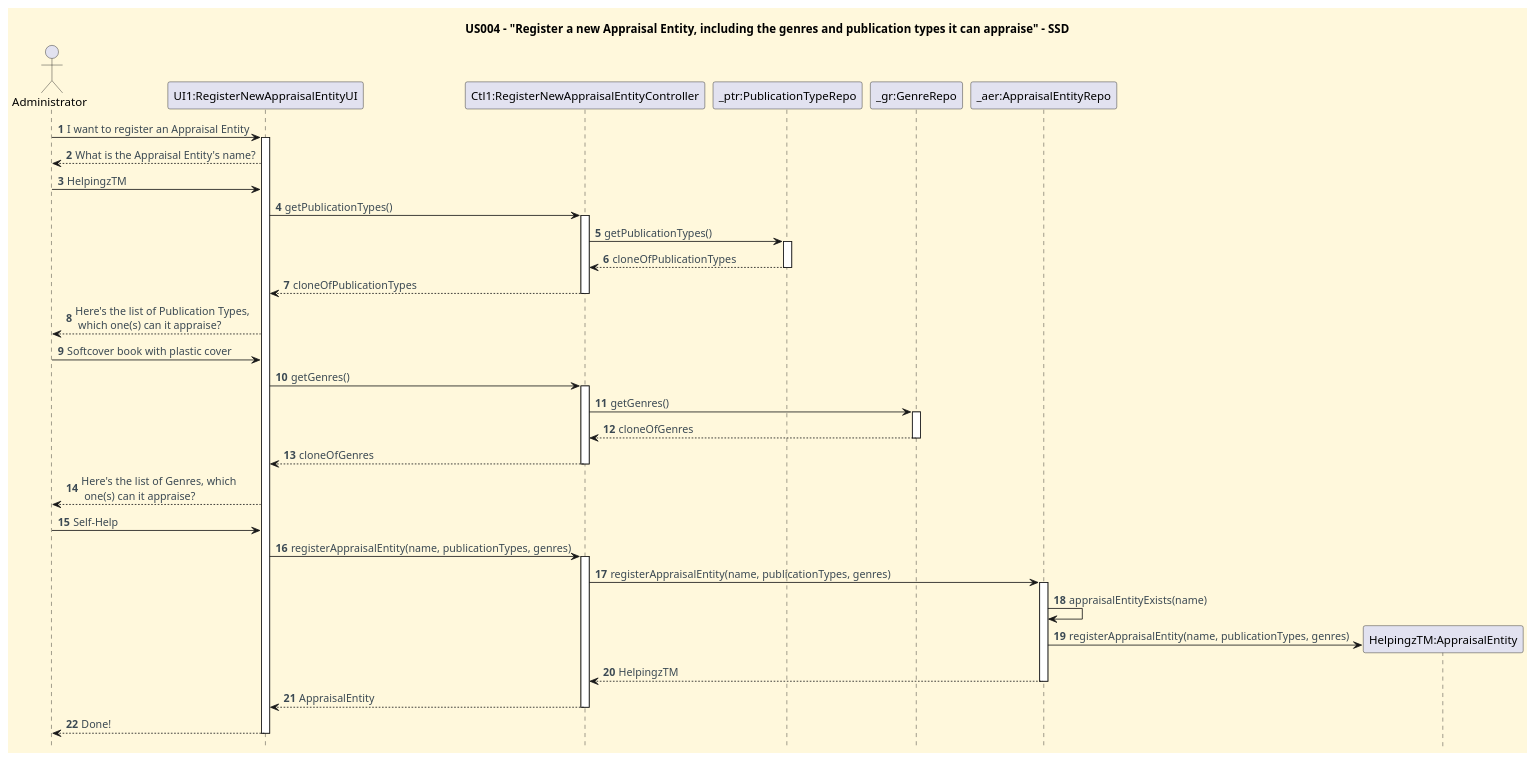
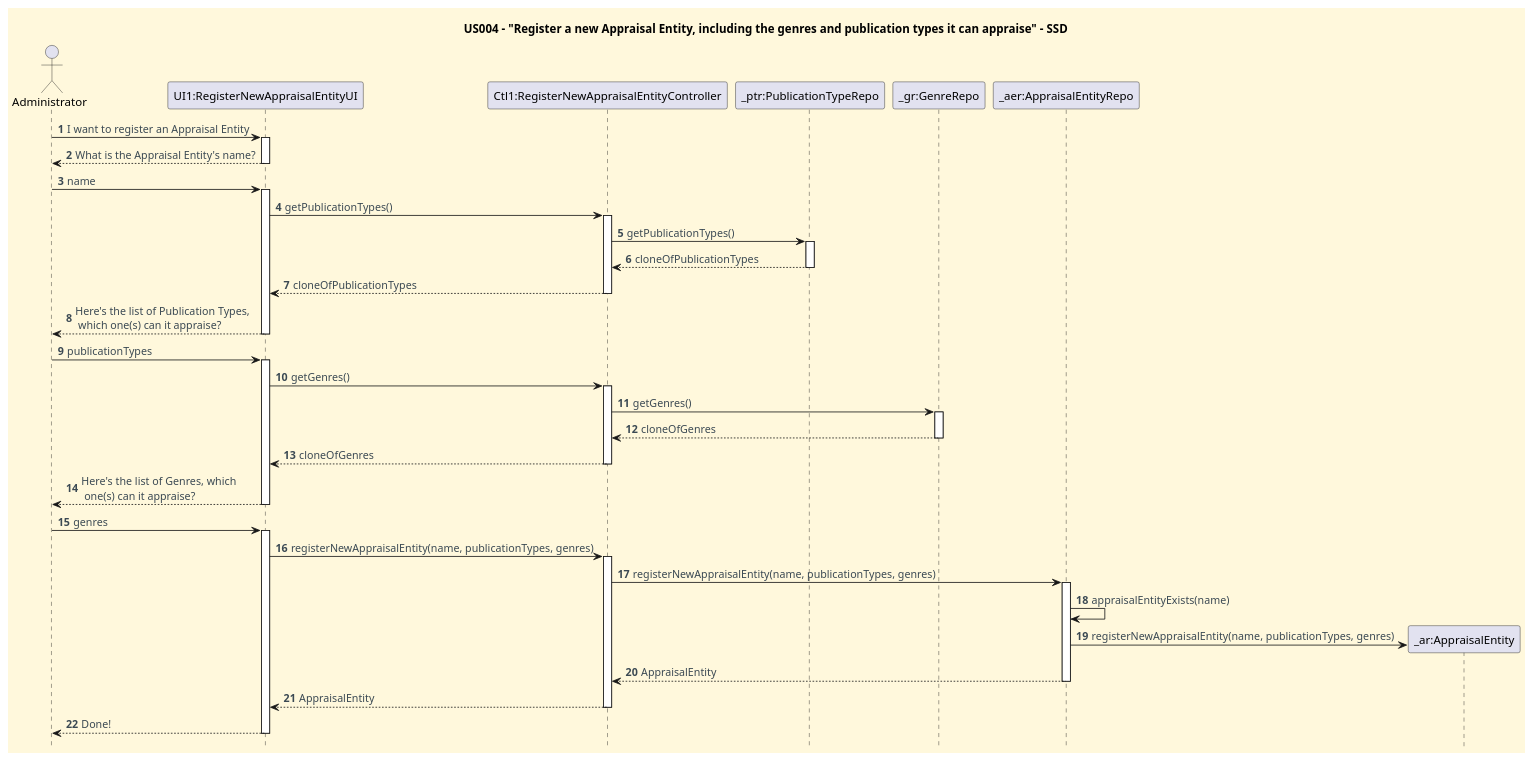
The diagram in docs/userStories/US004/US004_register_new_appraisal_entity_SD.puml (CarolinaLeite-collab/JavaMarketplacePlatform), drawn with PlantUML before and after one commit. The commit also changed 1 other file, not shown here.

Commit message:
Refs #103: Adds fixed SD and CD diagram for US004

```diff
--- a/docs/userStories/US004/US004_register_new_appraisal_entity_SD.puml
+++ b/docs/userStories/US004/US004_register_new_appraisal_entity_SD.puml
@@ -1,68 +1,75 @@
 @startuml
 title US004 - "Register a new Appraisal Entity, including the genres and publication types it can appraise" - SSD
 hidefootbox
 
 '==== basic style ====
 skinparam monochrome false
 skinparam shadowing false
 skinparam defaultFontName Futura
 skinparam objectFontSize 20
 skinparam backgroundColor CornSilk
 skinparam objectBackgroundColor WhiteSmoke
 skinparam noteBackgroundColor #FFFFE0
 skinparam ArrowFontColor #3B4953
 skinparam ActivationBackgroundColor black
 
 autonumber
 
 
 actor Administrator
 participant "UI1:RegisterNewAppraisalEntityUI"
 participant "Ctl1:RegisterNewAppraisalEntityController"
 participant "_ptr:PublicationTypeRepo"
 participant "_gr:GenreRepo"
 participant "_aer:AppraisalEntityRepo"
 
 Administrator -> "UI1:RegisterNewAppraisalEntityUI": I want to register an Appraisal Entity
 activate "UI1:RegisterNewAppraisalEntityUI"
 "UI1:RegisterNewAppraisalEntityUI" --> Administrator: What is the Appraisal Entity's name?
-Administrator -> "UI1:RegisterNewAppraisalEntityUI": HelpingzTM
+deactivate "UI1:RegisterNewAppraisalEntityUI"
+Administrator -> "UI1:RegisterNewAppraisalEntityUI": name
+activate "UI1:RegisterNewAppraisalEntityUI"
 "UI1:RegisterNewAppraisalEntityUI" -> "Ctl1:RegisterNewAppraisalEntityController": getPublicationTypes()
 activate "Ctl1:RegisterNewAppraisalEntityController"
 "Ctl1:RegisterNewAppraisalEntityController" -> "_ptr:PublicationTypeRepo": getPublicationTypes()
 activate "_ptr:PublicationTypeRepo"
 "_ptr:PublicationTypeRepo" --> "Ctl1:RegisterNewAppraisalEntityController": cloneOfPublicationTypes
 deactivate "_ptr:PublicationTypeRepo"
 "Ctl1:RegisterNewAppraisalEntityController" --> "UI1:RegisterNewAppraisalEntityUI": cloneOfPublicationTypes
 deactivate "Ctl1:RegisterNewAppraisalEntityController"
 
 "UI1:RegisterNewAppraisalEntityUI" --> Administrator: Here's the list of Publication Types, \n which one(s) can it appraise?
-Administrator -> "UI1:RegisterNewAppraisalEntityUI": Softcover book with plastic cover
+deactivate "UI1:RegisterNewAppraisalEntityUI"
+
+Administrator -> "UI1:RegisterNewAppraisalEntityUI": publicationTypes
+activate "UI1:RegisterNewAppraisalEntityUI"
 "UI1:RegisterNewAppraisalEntityUI" -> "Ctl1:RegisterNewAppraisalEntityController": getGenres()
 activate "Ctl1:RegisterNewAppraisalEntityController"
 "Ctl1:RegisterNewAppraisalEntityController" -> "_gr:GenreRepo": getGenres()
 activate "_gr:GenreRepo"
 "_gr:GenreRepo" --> "Ctl1:RegisterNewAppraisalEntityController": cloneOfGenres
 deactivate "_gr:GenreRepo"
 "Ctl1:RegisterNewAppraisalEntityController" --> "UI1:RegisterNewAppraisalEntityUI": cloneOfGenres
 deactivate "Ctl1:RegisterNewAppraisalEntityController"
 "UI1:RegisterNewAppraisalEntityUI" --> Administrator: Here's the list of Genres, which \n one(s) can it appraise?
-Administrator -> "UI1:RegisterNewAppraisalEntityUI": Self-Help
+deactivate "UI1:RegisterNewAppraisalEntityUI"
 
-"UI1:RegisterNewAppraisalEntityUI" -> "Ctl1:RegisterNewAppraisalEntityController": registerAppraisalEntity(name, publicationTypes, genres)
+Administrator -> "UI1:RegisterNewAppraisalEntityUI": genres
+activate "UI1:RegisterNewAppraisalEntityUI"
+"UI1:RegisterNewAppraisalEntityUI" -> "Ctl1:RegisterNewAppraisalEntityController": registerNewAppraisalEntity(name, publicationTypes, genres)
 activate "Ctl1:RegisterNewAppraisalEntityController"
-"Ctl1:RegisterNewAppraisalEntityController" -> "_aer:AppraisalEntityRepo": registerAppraisalEntity(name, publicationTypes, genres)
+"Ctl1:RegisterNewAppraisalEntityController" -> "_aer:AppraisalEntityRepo": registerNewAppraisalEntity(name, publicationTypes, genres)
 activate "_aer:AppraisalEntityRepo"
 "_aer:AppraisalEntityRepo" -> "_aer:AppraisalEntityRepo": appraisalEntityExists(name)
-create "HelpingzTM:AppraisalEntity"
-"_aer:AppraisalEntityRepo" -> "HelpingzTM:AppraisalEntity": registerAppraisalEntity(name, publicationTypes, genres)
-"_aer:AppraisalEntityRepo" --> "Ctl1:RegisterNewAppraisalEntityController": HelpingzTM
+create "_ar:AppraisalEntity"
+"_aer:AppraisalEntityRepo" -> "_ar:AppraisalEntity": registerNewAppraisalEntity(name, publicationTypes, genres)
+"_aer:AppraisalEntityRepo" --> "Ctl1:RegisterNewAppraisalEntityController": AppraisalEntity
 deactivate "_aer:AppraisalEntityRepo"
 "Ctl1:RegisterNewAppraisalEntityController" --> "UI1:RegisterNewAppraisalEntityUI": AppraisalEntity
 deactivate "Ctl1:RegisterNewAppraisalEntityController"
 "UI1:RegisterNewAppraisalEntityUI" --> Administrator: Done!
 deactivate "UI1:RegisterNewAppraisalEntityUI"
 
 
 
 @enduml
```
